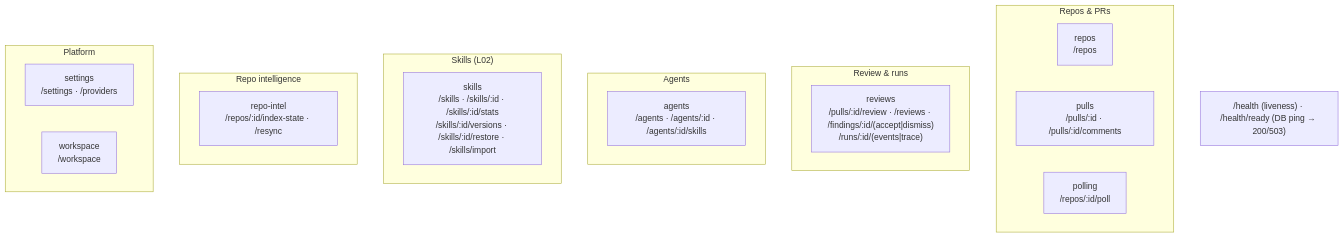
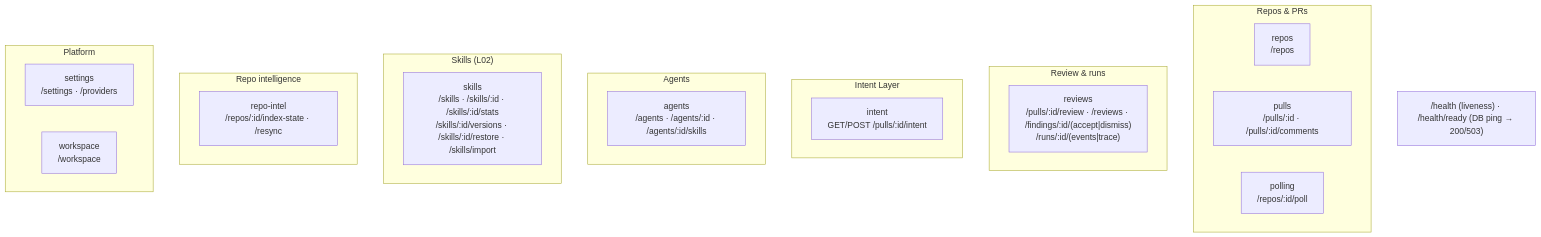
Before and after one commit to sgdiachenko/dev-digest: the second of 3 diagrams in server/README.md, drawn with Mermaid. The commit also changed other lines of this file and 60 other files, not shown here.

First line of the commit message:
feat: implement Intent Layer for pull request intent extraction

````diff
--- a/server/README.md
+++ b/server/README.md
@@ -66,25 +66,28 @@
 ```mermaid
 flowchart TB
   subgraph Repos_PRs["Repos & PRs"]
     repos["repos<br/>/repos"]
     pulls["pulls<br/>/pulls/:id · /pulls/:id/comments"]
     polling["polling<br/>/repos/:id/poll"]
   end
   subgraph Review["Review & runs"]
     reviews["reviews<br/>/pulls/:id/review · /reviews · /findings/:id/(accept|dismiss)<br/>/runs/:id/(events|trace)"]
+  end
+  subgraph IntentLayer["Intent Layer"]
+    intent["intent<br/>GET/POST /pulls/:id/intent"]
   end
   subgraph Agents["Agents"]
     agents["agents<br/>/agents · /agents/:id · /agents/:id/skills"]
   end
   subgraph Skills["Skills (L02)"]
     skills["skills<br/>/skills · /skills/:id · /skills/:id/stats<br/>/skills/:id/versions · /skills/:id/restore · /skills/import"]
   end
   subgraph Intel["Repo intelligence"]
     repoIntel["repo-intel<br/>/repos/:id/index-state · /resync"]
   end
   subgraph Platform["Platform"]
     settings["settings<br/>/settings · /providers"]
     workspace["workspace<br/>/workspace"]
   end
   HEALTH["/health (liveness) · /health/ready (DB ping → 200/503)"]
 ```
````
